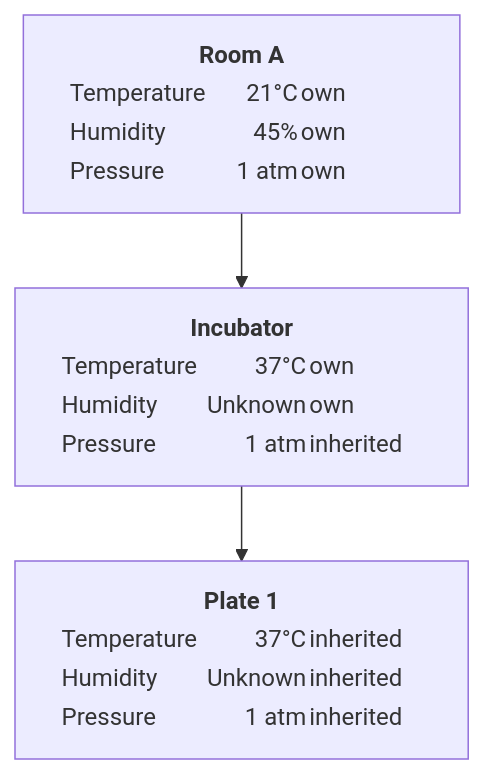
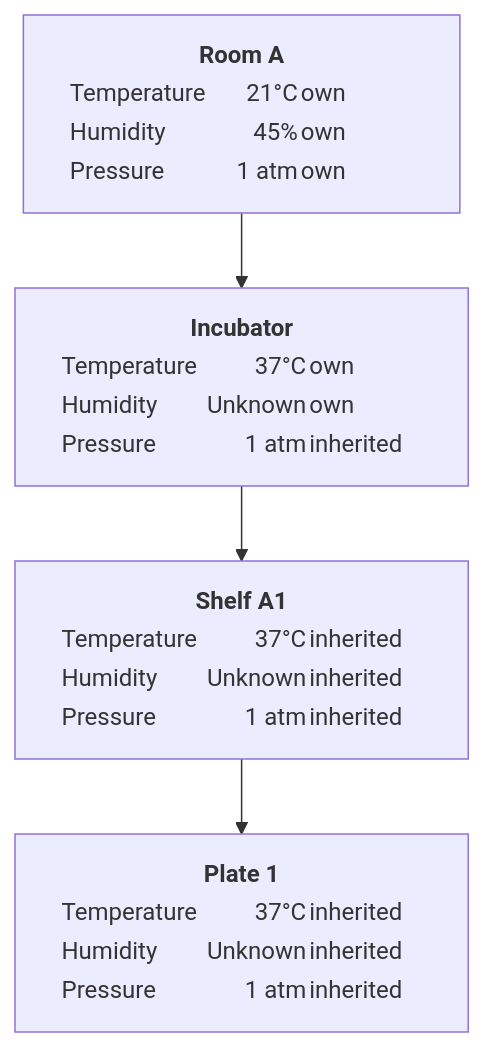
The diagram in docs/src/manual/attributes.md (jensenlab/CHESS), drawn with Mermaid before and after one commit. The commit also changed other lines of this file and 13 other files, not shown here.

````diff
--- a/docs/src/manual/attributes.md
+++ b/docs/src/manual/attributes.md
@@ -80,7 +87,8 @@
 ```mermaid
 graph TD
     Room["<div style='text-align:center'><b>Room A</b></div><table style='border-collapse:collapse'><tr><td style='text-align:left;color:#2563eb;min-width:95px;white-space:nowrap'>Temperature</td><td style='text-align:right;color:#2563eb;min-width:55px;white-space:nowrap'>21°C</td><td style='text-align:left;color:#2563eb;min-width:75px;white-space:nowrap'>own</td></tr><tr><td style='text-align:left;color:#2563eb;white-space:nowrap'>Humidity</td><td style='text-align:right;color:#2563eb;white-space:nowrap'>45%</td><td style='text-align:left;color:#2563eb;white-space:nowrap'>own</td></tr><tr><td style='text-align:left;color:#2563eb;white-space:nowrap'>Pressure</td><td style='text-align:right;color:#2563eb;white-space:nowrap'>1 atm</td><td style='text-align:left;color:#2563eb;white-space:nowrap'>own</td></tr></table>"]
     Incubator["<div style='text-align:center'><b>Incubator</b></div><table style='border-collapse:collapse'><tr><td style='text-align:left;color:#2563eb;min-width:95px;white-space:nowrap'>Temperature</td><td style='text-align:right;color:#2563eb;min-width:55px;white-space:nowrap'>37°C</td><td style='text-align:left;color:#2563eb;min-width:75px;white-space:nowrap'>own</td></tr><tr><td style='text-align:left;color:#2563eb;white-space:nowrap'>Humidity</td><td style='text-align:right;color:#2563eb;white-space:nowrap'>Unknown</td><td style='text-align:left;color:#2563eb;white-space:nowrap'>own</td></tr><tr><td style='text-align:left;color:#6b7280;white-space:nowrap'>Pressure</td><td style='text-align:right;color:#6b7280;white-space:nowrap'>1 atm</td><td style='text-align:left;color:#6b7280;white-space:nowrap'>inherited</td></tr></table>"]
+    Shelf["<div style='text-align:center'><b>Shelf A1</b></div><table style='border-collapse:collapse'><tr><td style='text-align:left;color:#6b7280;min-width:95px;white-space:nowrap'>Temperature</td><td style='text-align:right;color:#6b7280;min-width:55px;white-space:nowrap'>37°C</td><td style='text-align:left;color:#6b7280;min-width:75px;white-space:nowrap'>inherited</td></tr><tr><td style='text-align:left;color:#6b7280;white-space:nowrap'>Humidity</td><td style='text-align:right;color:#6b7280;white-space:nowrap'>Unknown</td><td style='text-align:left;color:#6b7280;white-space:nowrap'>inherited</td></tr><tr><td style='text-align:left;color:#6b7280;white-space:nowrap'>Pressure</td><td style='text-align:right;color:#6b7280;white-space:nowrap'>1 atm</td><td style='text-align:left;color:#6b7280;white-space:nowrap'>inherited</td></tr></table>"]
     Plate["<div style='text-align:center'><b>Plate 1</b></div><table style='border-collapse:collapse'><tr><td style='text-align:left;color:#6b7280;min-width:95px;white-space:nowrap'>Temperature</td><td style='text-align:right;color:#6b7280;min-width:55px;white-space:nowrap'>37°C</td><td style='text-align:left;color:#6b7280;min-width:75px;white-space:nowrap'>inherited</td></tr><tr><td style='text-align:left;color:#6b7280;white-space:nowrap'>Humidity</td><td style='text-align:right;color:#6b7280;white-space:nowrap'>Unknown</td><td style='text-align:left;color:#6b7280;white-space:nowrap'>inherited</td></tr><tr><td style='text-align:left;color:#6b7280;white-space:nowrap'>Pressure</td><td style='text-align:right;color:#6b7280;white-space:nowrap'>1 atm</td><td style='text-align:left;color:#6b7280;white-space:nowrap'>inherited</td></tr></table>"]
-    Room --> Incubator --> Plate
+    Room --> Incubator --> Shelf --> Plate
 ```
````
